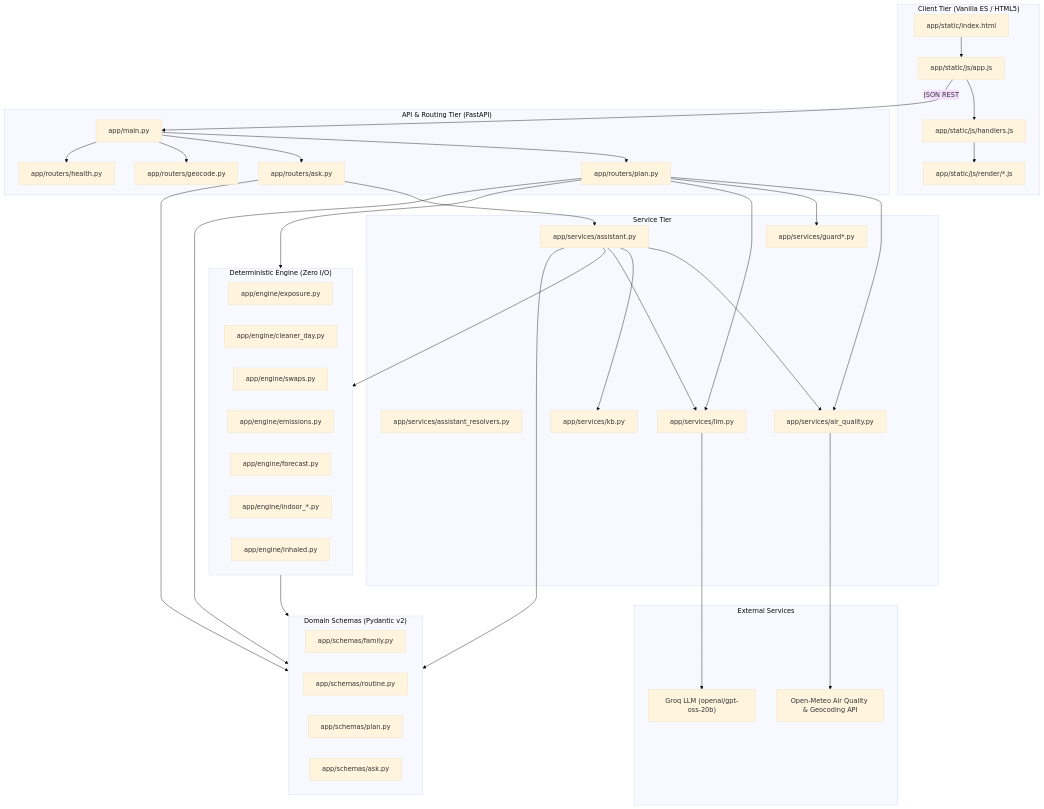
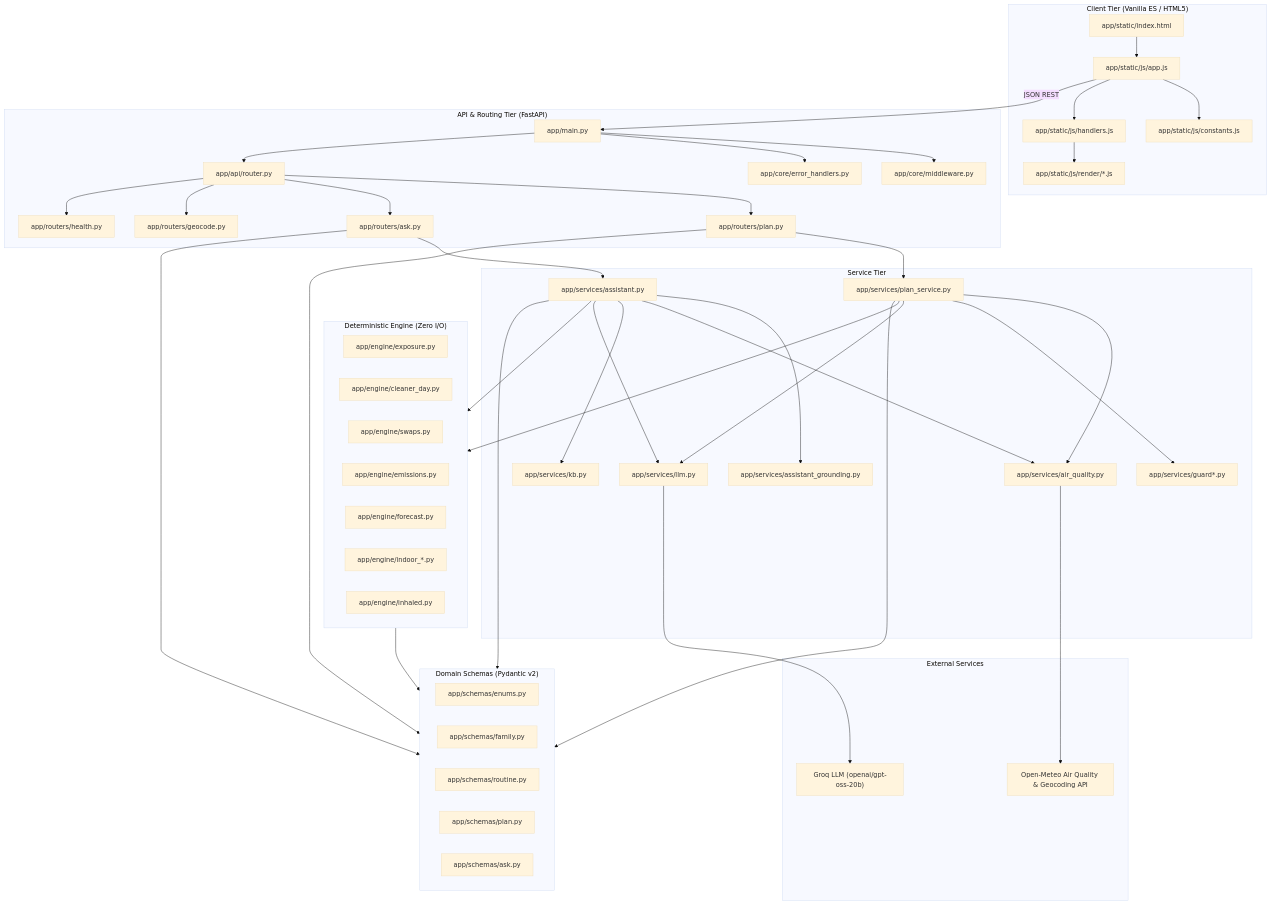
The diagram in docs/ARCHITECTURE.md (CodeWithMehru/saansplan), drawn with Mermaid (base theme) before and after one commit. The commit also changed other lines of this file and 2 other files, not shown here.

Commit message:
docs: document modular architecture, radon cc <= 5 metrics, and frontend constants

````diff
--- a/docs/ARCHITECTURE.md
+++ b/docs/ARCHITECTURE.md
@@ -7,64 +7,72 @@
 ```mermaid
 flowchart TD
     subgraph Client["Client Tier (Vanilla ES / HTML5)"]
         UI["app/static/index.html"]
         APP["app/static/js/app.js"]
+        CONSTS["app/static/js/constants.js"]
         HANDLERS["app/static/js/handlers.js"]
         RENDER["app/static/js/render/*.js"]
     end
 
     subgraph API["API & Routing Tier (FastAPI)"]
         MAIN["app/main.py"]
+        ROUTER["app/api/router.py"]
+        CORE_MID["app/core/middleware.py"]
+        CORE_ERR["app/core/error_handlers.py"]
         R_PLAN["app/routers/plan.py"]
         R_ASK["app/routers/ask.py"]
         R_GEO["app/routers/geocode.py"]
         R_HEALTH["app/routers/health.py"]
     end
 
     subgraph Services["Service Tier"]
+        SVC_PLAN["app/services/plan_service.py"]
         SVC_ASSIST["app/services/assistant.py"]
-        SVC_RESOLV["app/services/assistant_resolvers.py"]
+        SVC_GROUND["app/services/assistant_grounding.py"]
         SVC_AQ["app/services/air_quality.py"]
         SVC_GUARD["app/services/guard*.py"]
         SVC_LLM["app/services/llm.py"]
         SVC_KB["app/services/kb.py"]
     end
 
     subgraph Engine["Deterministic Engine (Zero I/O)"]
         ENG_EXP["app/engine/exposure.py"]
         ENG_CLN["app/engine/cleaner_day.py"]
         ENG_SWP["app/engine/swaps.py"]
         ENG_EMI["app/engine/emissions.py"]
         ENG_FC["app/engine/forecast.py"]
         ENG_IND["app/engine/indoor_*.py"]
         ENG_INH["app/engine/inhaled.py"]
     end
 
     subgraph Schemas["Domain Schemas (Pydantic v2)"]
+        SCH_ENUM["app/schemas/enums.py"]
         SCH_FAM["app/schemas/family.py"]
         SCH_ROU["app/schemas/routine.py"]
         SCH_PLN["app/schemas/plan.py"]
         SCH_ASK["app/schemas/ask.py"]
     end
 
     subgraph External["External Services"]
         OPEN_METEO["Open-Meteo Air Quality & Geocoding API"]
         GROQ["Groq LLM (openai/gpt-oss-20b)"]
     end
 
     UI --> APP
-    APP --> HANDLERS
+    APP --> CONSTS & HANDLERS
     HANDLERS --> RENDER
     APP -- "JSON REST" --> MAIN
-    MAIN --> R_PLAN & R_ASK & R_GEO & R_HEALTH
+    MAIN --> CORE_MID & CORE_ERR & ROUTER
+    ROUTER --> R_PLAN & R_ASK & R_GEO & R_HEALTH
 
-    R_PLAN --> SVC_AQ & SVC_GUARD & SVC_LLM & Engine
+    R_PLAN --> SVC_PLAN
+    SVC_PLAN --> SVC_AQ & SVC_GUARD & SVC_LLM & Engine
     R_ASK --> SVC_ASSIST
-    SVC_ASSIST --> SVC_AQ & SVC_KB & SVC_LLM & Engine
+    SVC_ASSIST --> SVC_GROUND & SVC_AQ & SVC_KB & SVC_LLM & Engine
 
-    R_PLAN & R_ASK & SVC_ASSIST --> Schemas
+    R_PLAN & R_ASK & SVC_ASSIST & SVC_PLAN --> Schemas
     Engine --> Schemas
 
     SVC_AQ --> OPEN_METEO
     SVC_LLM --> GROQ
 ```
````
